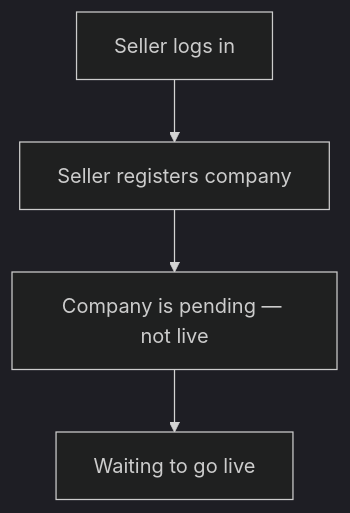
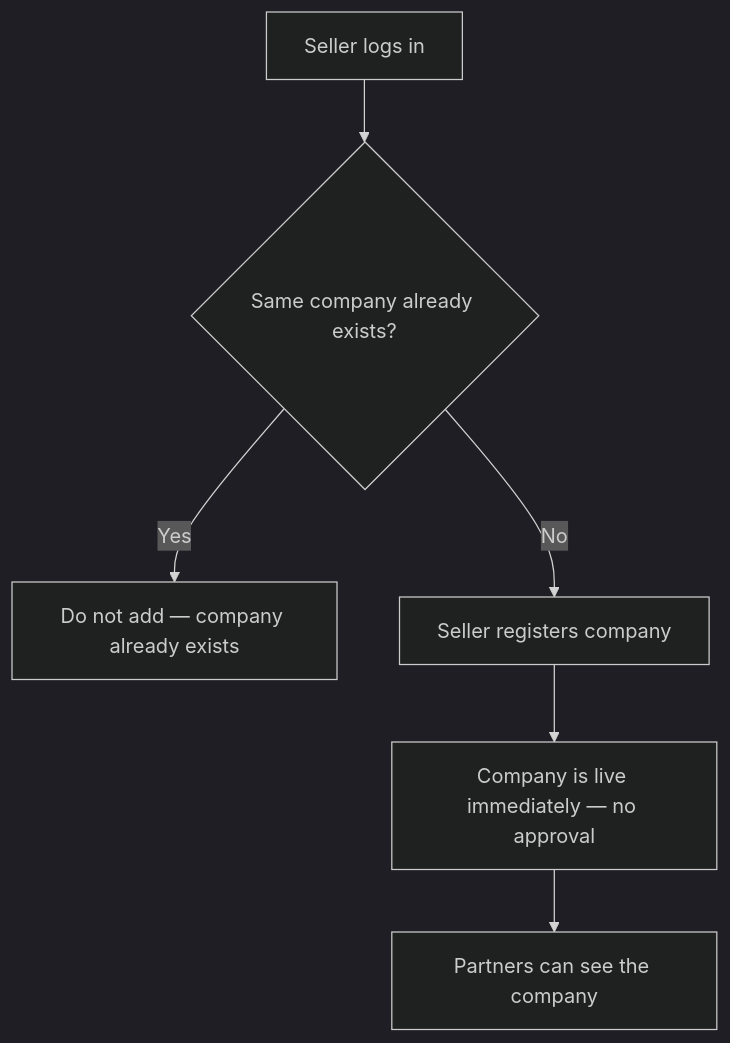
The diagram in docs/workflows/flows/seller-register-company.md (kavadevelopers/PrivateDealsBackend), drawn with Mermaid (dark theme) before and after one commit. The commit also changed other lines of this file and 16 other files, not shown here.

````diff
--- a/docs/workflows/flows/seller-register-company.md
+++ b/docs/workflows/flows/seller-register-company.md
@@ -15,6 +15,8 @@
 ```mermaid
 flowchart TD
-  Login[Seller logs in] --> Submit[Seller registers company]
-  Submit --> Pending[Company is pending — not live]
-  Pending --> Wait[Waiting to go live]
+  Login[Seller logs in] --> Check{Same company already exists?}
+  Check -->|Yes| Stop[Do not add — company already exists]
+  Check -->|No| Create[Seller registers company]
+  Create --> Live[Company is live immediately — no approval]
+  Live --> Partners[Partners can see the company]
 ```
````
